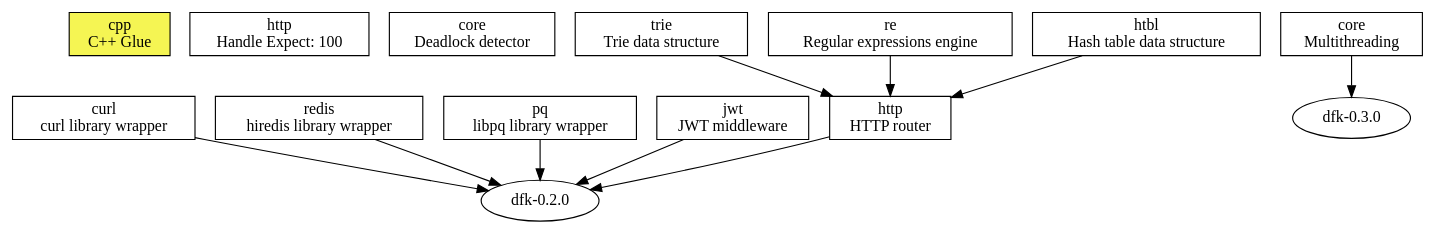
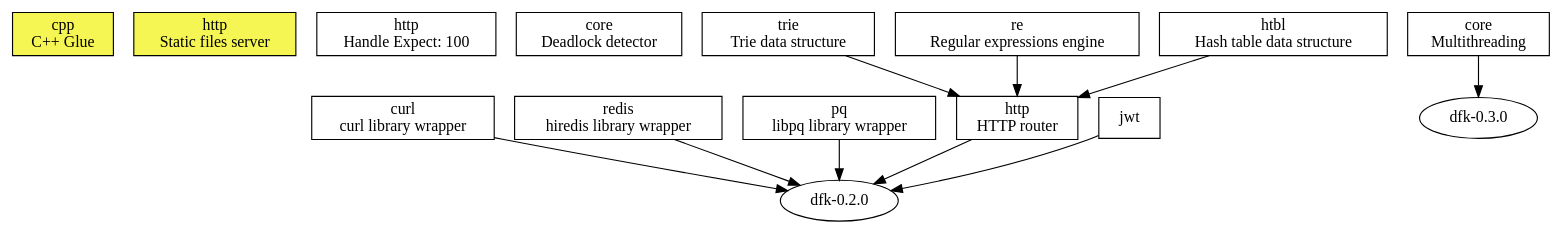
Before and after one commit to isn-/dfk: the diagram in doc/roadmap.dot, drawn with Graphviz. The commit also changed 18 other files, not shown here.

```diff
--- a/doc/roadmap.dot
+++ b/doc/roadmap.dot
@@ -1,41 +1,41 @@
 digraph "DFK Library Roadmap - Current" {
   node [shape=box];
   ratio="compress";
 
   cpp [label="cpp\nC++ Glue" style=filled fillcolor="#F5F553"];
+
+  static [label="http\nStatic files server" style=filled fillcolor="#F5F553"];
 
   expect_100 [label="http\nHandle Expect: 100"];
 
   deadlock [label="core\nDeadlock detector"];
 
   curl [label="curl\ncurl library wrapper"];
 
   redis [label="redis\nhiredis library wrapper"];
 
   libpq [label="pq\nlibpq library wrapper"];
-
-  jwt [label="jwt\nJWT middleware"];
 
   mt [label="core\nMultithreading"];
 
   trie [label="trie\nTrie data structure"];
 
   re [label="re\nRegular expressions engine"];
 
   htbl [label="htbl\nHash table data structure"];
 
   router [label="http\nHTTP router"];
     trie -> router;
     re -> router;
     htbl -> router;
 
   dfk020 [label="dfk-0.2.0" shape=oval];
     jwt -> dfk020;
     redis -> dfk020;
     curl -> dfk020;
     libpq -> dfk020;
     router -> dfk020;
 
   dfk030 [label="dfk-0.3.0" shape=oval];
     mt -> dfk030;
 }
```
